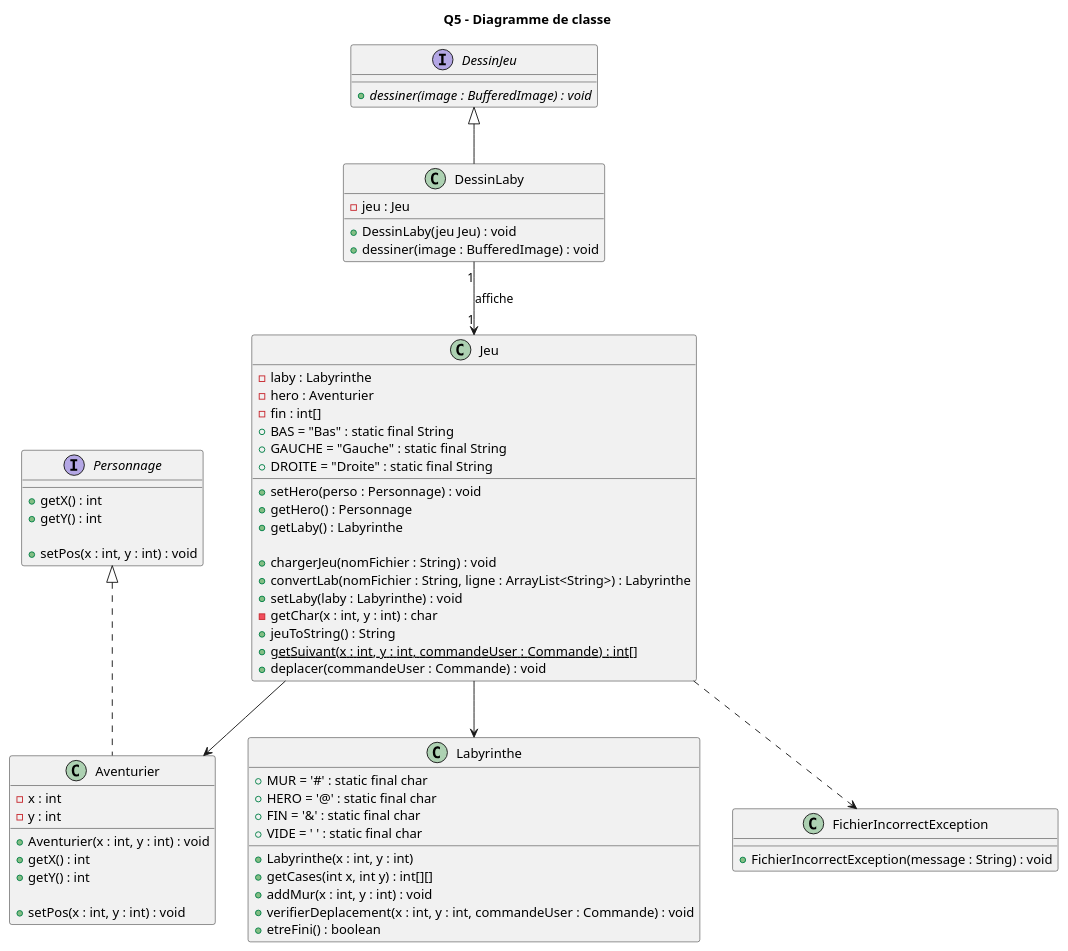
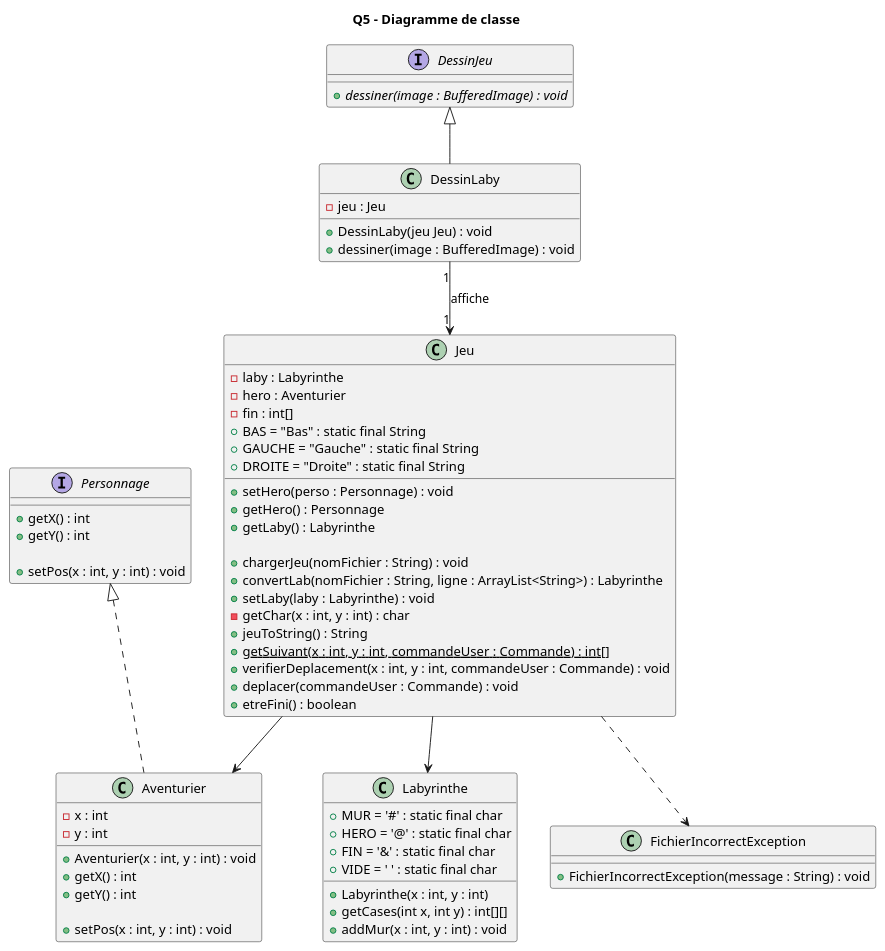
Before and after one commit to lucas-martinati-pro/SAE_S2.01_Zeldiablo-LucasM_JeanLM_PierreGSV: the diagram in projet_zeldiablo/documents/version_2/Q5 - Diagramme de Classe.puml, drawn with PlantUML. The commit also changed other lines of this file, not shown here.

Commit message:
add: Méthodes manquantes dans Diagramme de classe G5

```diff
--- a/projet_zeldiablo/documents/version_2/Q5 - Diagramme de Classe.puml
+++ b/projet_zeldiablo/documents/version_2/Q5 - Diagramme de Classe.puml
@@ -1,72 +1,72 @@
 @startuml
     title Q5 - Diagramme de classe
 
 class Jeu {
     -laby : Labyrinthe
     -hero : Aventurier
     -fin : int[]
     +BAS = "Bas" : static final String
     +GAUCHE = "Gauche" : static final String
     +DROITE = "Droite" : static final String
 
     +setHero(perso : Personnage) : void
     +getHero() : Personnage
     +getLaby() : Labyrinthe
 
     +chargerJeu(nomFichier : String) : void
     +convertLab(nomFichier : String, ligne : ArrayList<String>) : Labyrinthe
     +setLaby(laby : Labyrinthe) : void
     -getChar(x : int, y : int) : char
     +jeuToString() : String
     +{static} getSuivant(x : int, y : int, commandeUser : Commande) : int[]
+    +verifierDeplacement(x : int, y : int, commandeUser : Commande) : void
     +deplacer(commandeUser : Commande) : void
+    +etreFini() : boolean
 }
 class Labyrinthe {
     +MUR = '#' : static final char
     +HERO = '@' : static final char
     +FIN = '&' : static final char
     +VIDE = ' ' : static final char
 
     +Labyrinthe(x : int, y : int)
     +getCases(int x, int y) : int[][]
     +addMur(x : int, y : int) : void
-    +verifierDeplacement(x : int, y : int, commandeUser : Commande) : void
-    +etreFini() : boolean
 }
 interface Personnage {
     +getX() : int
     +getY() : int
 
     +setPos(x : int, y : int) : void
 }
 class Aventurier {
     -x : int
     -y : int
 
     +Aventurier(x : int, y : int) : void
     +getX() : int
     +getY() : int
 
     +setPos(x : int, y : int) : void
 
 }
 class FichierIncorrectException {
     +FichierIncorrectException(message : String) : void
 }
 interface DessinJeu {
     +{abstract} dessiner(image : BufferedImage) : void
 }
 class DessinLaby {
     -jeu : Jeu
 
     +DessinLaby(jeu Jeu) : void
     +dessiner(image : BufferedImage) : void
 }
 
 DessinJeu <|-- DessinLaby
 DessinLaby "1" --> "1" Jeu : affiche
 Jeu --> Labyrinthe
 Jeu --> Aventurier
 Personnage <|.. Aventurier
 Jeu ..> FichierIncorrectException
 @enduml
```
